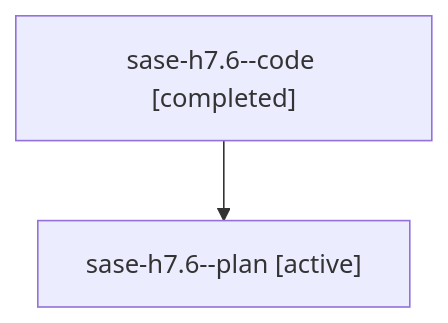
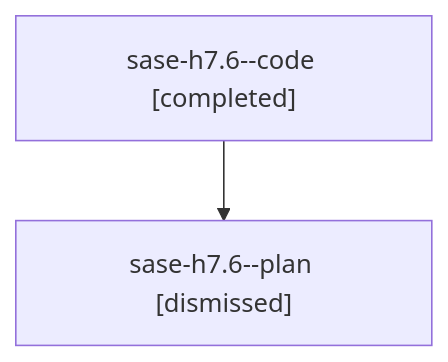
The diagram in sessions/bbugyi200.athena.sase-h7.6.md (sase-org/sase--agents), drawn with Mermaid before and after one commit. The commit also changed other lines of this file and 100 other files, not shown here.

````diff
--- a/sessions/bbugyi200.athena.sase-h7.6.md
+++ b/sessions/bbugyi200.athena.sase-h7.6.md
@@ -9,6 +9,6 @@
 ```mermaid
 flowchart TD
   n0["sase-h7.6--code [completed]"]
-  n1["sase-h7.6--plan [active]"]
+  n1["sase-h7.6--plan [dismissed]"]
   n0 --> n1
 ```
````
